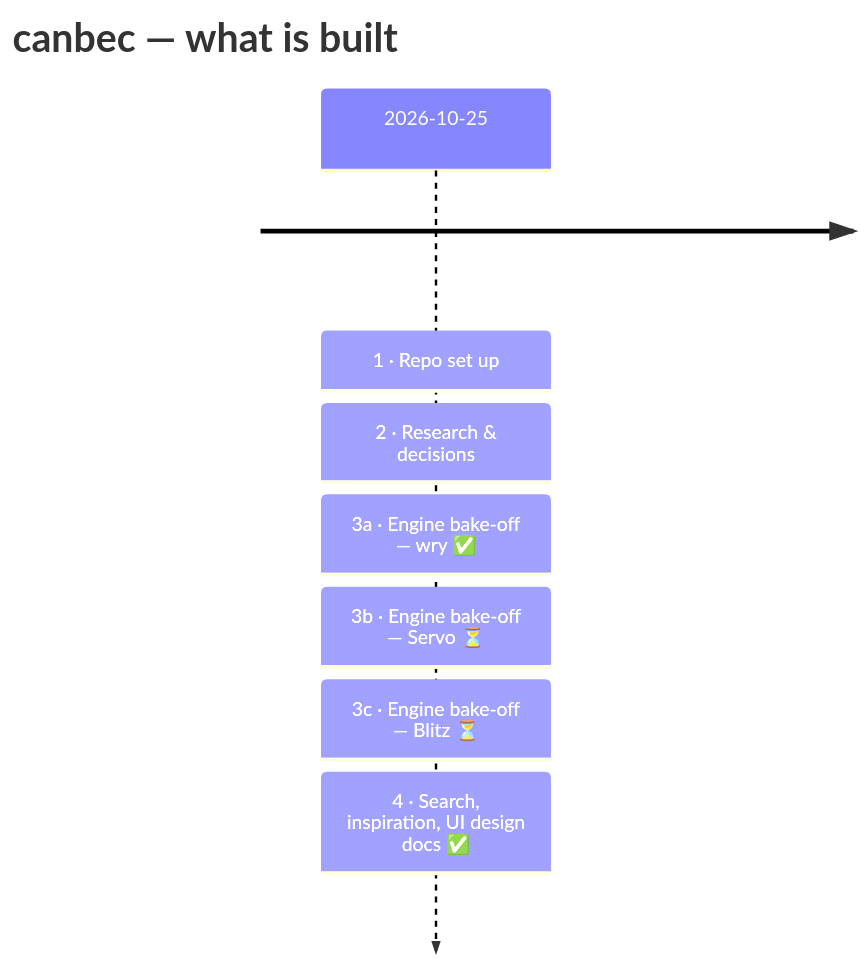
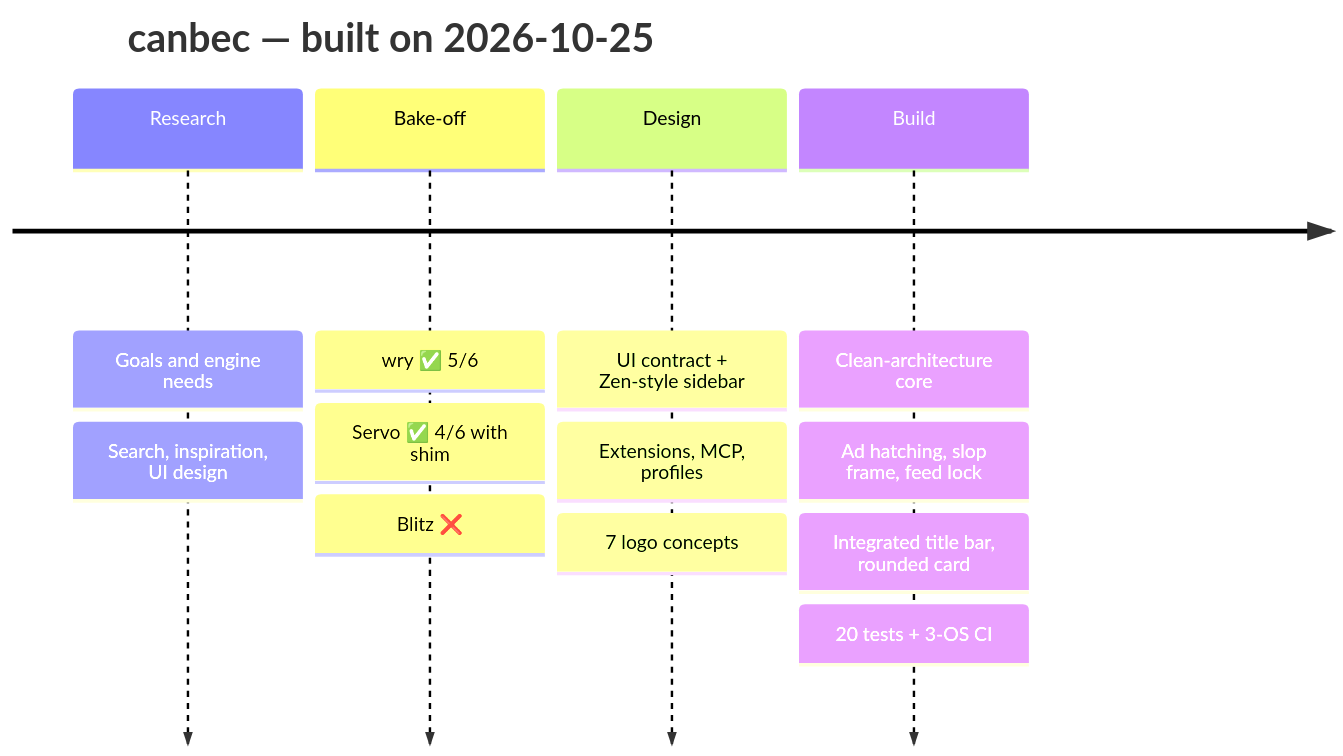
The diagram in README.md (Cod3rs-org/canbec), drawn with Mermaid before and after one commit. The commit also changed other lines of this file and 18 other files, not shown here.

First line of the commit message:
feat: integrated window chrome, rounded content card, real-page screenshots, docs index, CI

````diff
--- a/README.md
+++ b/README.md
@@ -23,10 +48,16 @@
 ```mermaid
 timeline
-    title canbec — what is built
-    2026-10-25 : 1 · Repo set up
-               : 2 · Research & decisions
-               : 3a · Engine bake-off — wry ✅
-               : 3b · Engine bake-off — Servo ⏳
-               : 3c · Engine bake-off — Blitz ⏳
-               : 4 · Search, inspiration, UI design docs ✅
+    title canbec — built on 2026-10-25
+    Research : Goals and engine needs
+             : Search, inspiration, UI design
+    Bake-off : wry ✅ 5/6
+             : Servo ✅ 4/6 with shim
+             : Blitz ❌
+    Design   : UI contract + Zen-style sidebar
+             : Extensions, MCP, profiles
+             : 7 logo concepts
+    Build    : Clean-architecture core
+             : Ad hatching, slop frame, feed lock
+             : Integrated title bar, rounded card
+             : 20 tests + 3-OS CI
 ```
````
